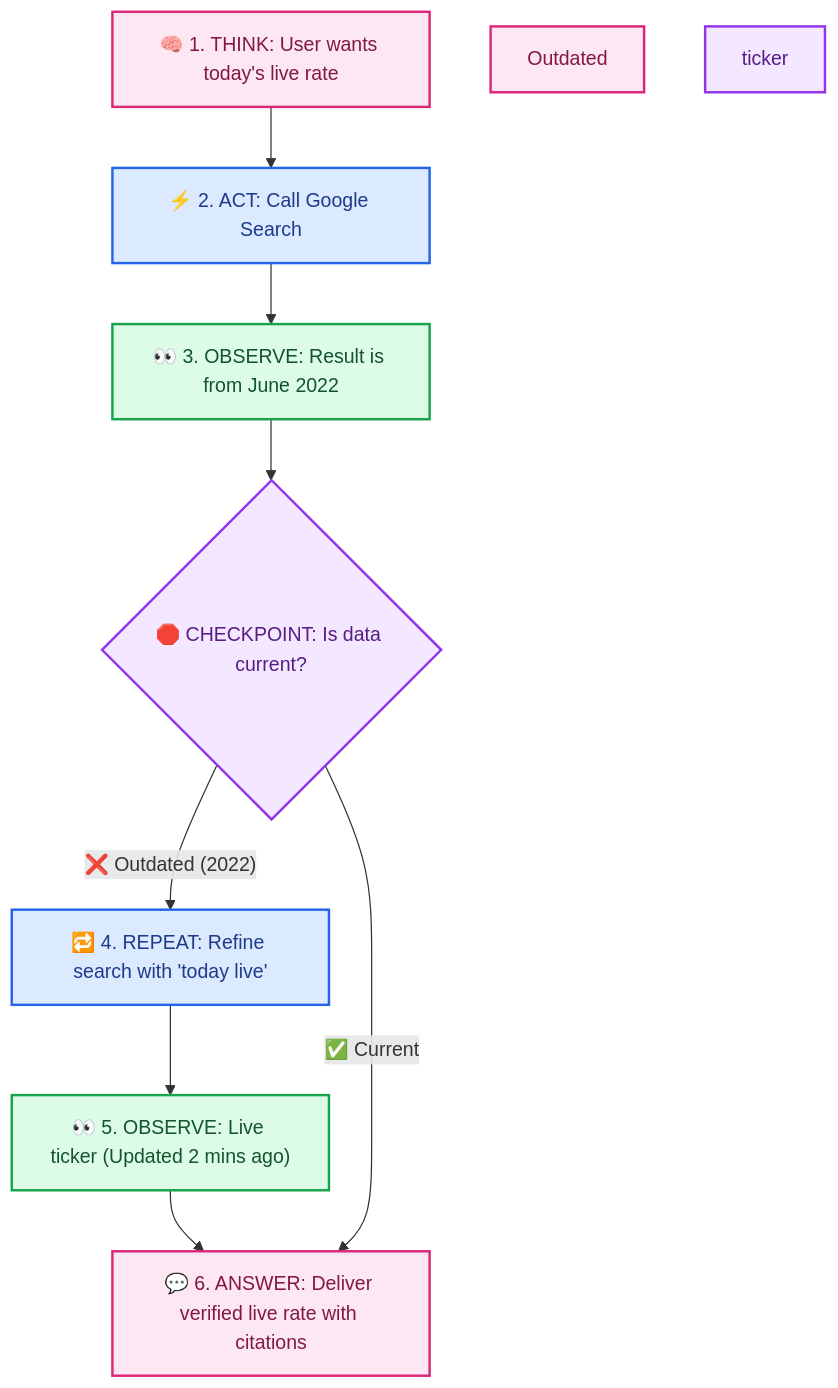
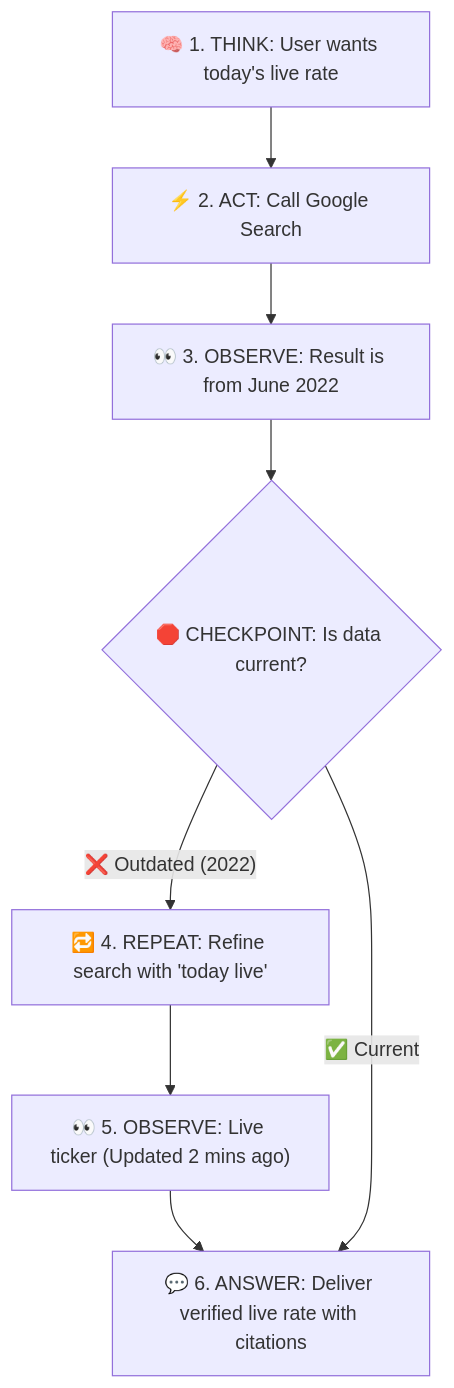
One commit to RobinaMirbahar/ai-administrator-session-01-lab changed the diagram in README.md. Above: the diagram before and after it, drawn with Mermaid.

Commit message:
docs: revert Mermaid color overrides for crisp native GitHub rendering and consolidate header

````diff
--- a/README.md
+++ b/README.md
@@ -224,19 +224,10 @@
 ```mermaid
 flowchart TD
     A["🧠 1. THINK: User wants today's live rate"] --> B["⚡ 2. ACT: Call Google Search"]
     B --> C["👀 3. OBSERVE: Result is from June 2022"]
     C --> D{"🛑 CHECKPOINT: Is data current?"}
     D -- "❌ Outdated (2022)" --> E["🔁 4. REPEAT: Refine search with 'today live'"]
     E --> F["👀 5. OBSERVE: Live ticker (Updated 2 mins ago)"]
     F --> G["💬 6. ANSWER: Deliver verified live rate with citations"]
     D -- "✅ Current" --> G
-    style A fill:#fce7f3,stroke:#db2777,stroke-width:2px,color:#831843
-    style B fill:#dbeafe,stroke:#2563eb,stroke-width:2px,color:#1e3a8a
-    style C fill:#dcfce7,stroke:#16a34a,stroke-width:2px,color:#14532d
-    style D fill:#f3e8ff,stroke:#9333ea,stroke-width:2px,color:#581c87
-    style Outdated fill:#fce7f3,stroke:#db2777,stroke-width:2px,color:#831843
-    style E fill:#dbeafe,stroke:#2563eb,stroke-width:2px,color:#1e3a8a
-    style F fill:#dcfce7,stroke:#16a34a,stroke-width:2px,color:#14532d
-    style ticker fill:#f3e8ff,stroke:#9333ea,stroke-width:2px,color:#581c87
-    style G fill:#fce7f3,stroke:#db2777,stroke-width:2px,color:#831843
 ```
````
